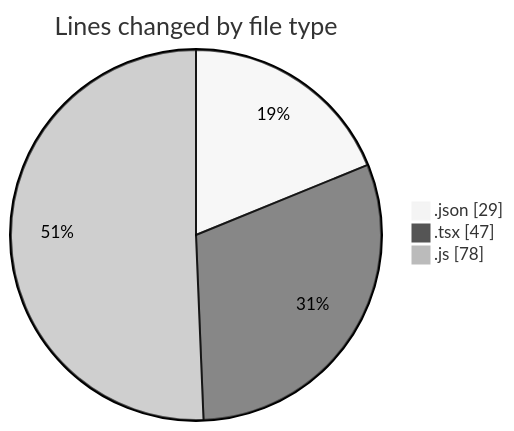
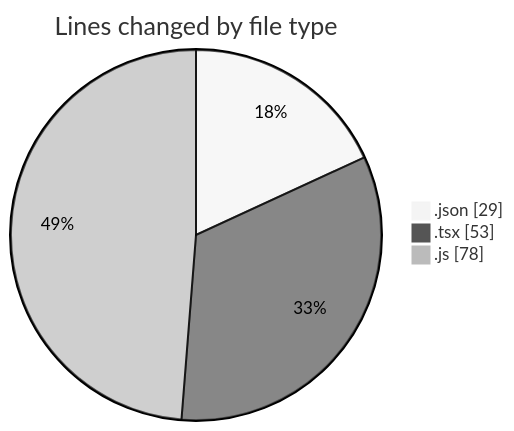
The first of 2 diagrams in 2025-01-07/mbc-web/README.md (robertbonfada/code-tracking), drawn with Mermaid (neutral theme) before and after one commit. The commit also changed other lines of this file and 1 other file, not shown here.

````diff
--- a/2025-01-07/mbc-web/README.md
+++ b/2025-01-07/mbc-web/README.md
@@ -22,7 +23,7 @@
 ```mermaid
 pie showData
 title Lines changed by file type
 ".json" : 29
-".tsx" : 47
+".tsx" : 53
 ".js" : 78
 ```
````
